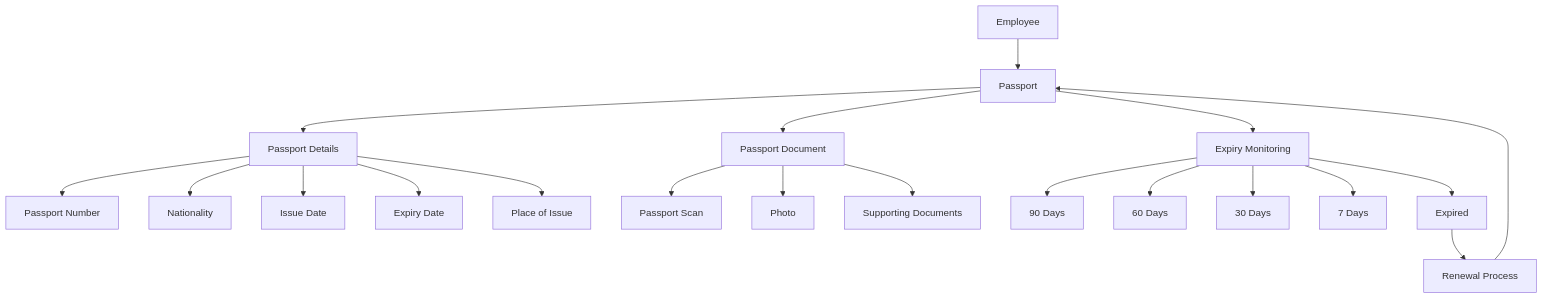
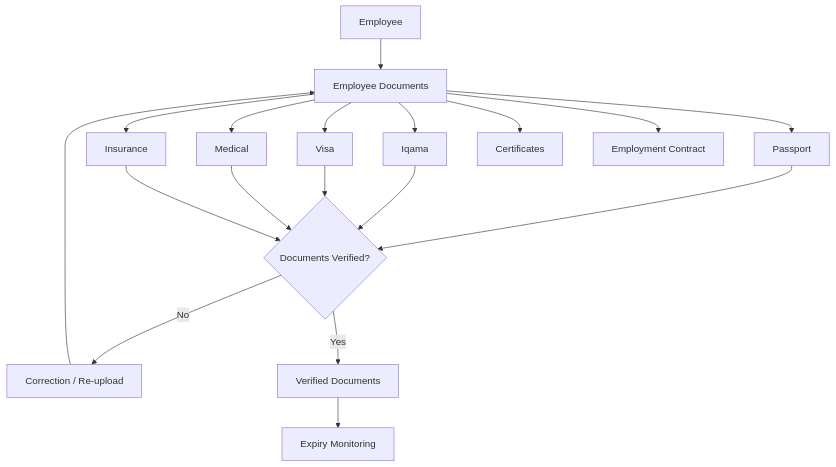
Before and after one commit to Plug0007/erpnext-niglobal: the eighth of 25 diagrams in README.md, drawn with Mermaid. The commit also changed other lines of this file, not shown here.

````diff
--- a/README.md
+++ b/README.md
@@ -411,35 +455,30 @@
 ```mermaid
 flowchart TD
     %% =========================================================
-    %% PASSPORT
-    %% Employee passport lifecycle.
+    %% EMPLOYEE DOCUMENTS
+    %% Document collection and verification.
     %% =========================================================
 
-    A[Employee] --> B[Passport]
+    A["Employee"]
+    A --> B["Employee Documents"]
 
-    %% Passport identity data.
-    B --> C[Passport Details]
-    C --> C1[Passport Number]
-    C --> C2[Nationality]
-    C --> C3[Issue Date]
-    C --> C4[Expiry Date]
-    C --> C5[Place of Issue]
+    B --> C["Passport"]
+    B --> D["Iqama"]
+    B --> E["Visa"]
+    B --> F["Medical"]
+    B --> G["Insurance"]
+    B --> H["Certificates"]
+    B --> I["Employment Contract"]
 
-    %% Stored passport files.
-    B --> D[Passport Document]
-    D --> D1[Passport Scan]
-    D --> D2[Photo]
-    D --> D3[Supporting Documents]
+    C --> J{"Documents Verified?"}
+    D --> J
+    E --> J
+    F --> J
+    G --> J
 
-    %% Expiry monitoring.
-    B --> E[Expiry Monitoring]
-    E --> E1[90 Days]
-    E --> E2[60 Days]
-    E --> E3[30 Days]
-    E --> E4[7 Days]
-    E --> E5[Expired]
+    J -->|No| K["Correction / Re-upload"]
+    K --> B
 
-    %% Expired passport triggers renewal.
-    E5 --> F[Renewal Process]
-    F --> B
+    J -->|Yes| L["Verified Documents"]
+    L --> M["Expiry Monitoring"]
 ```
````
